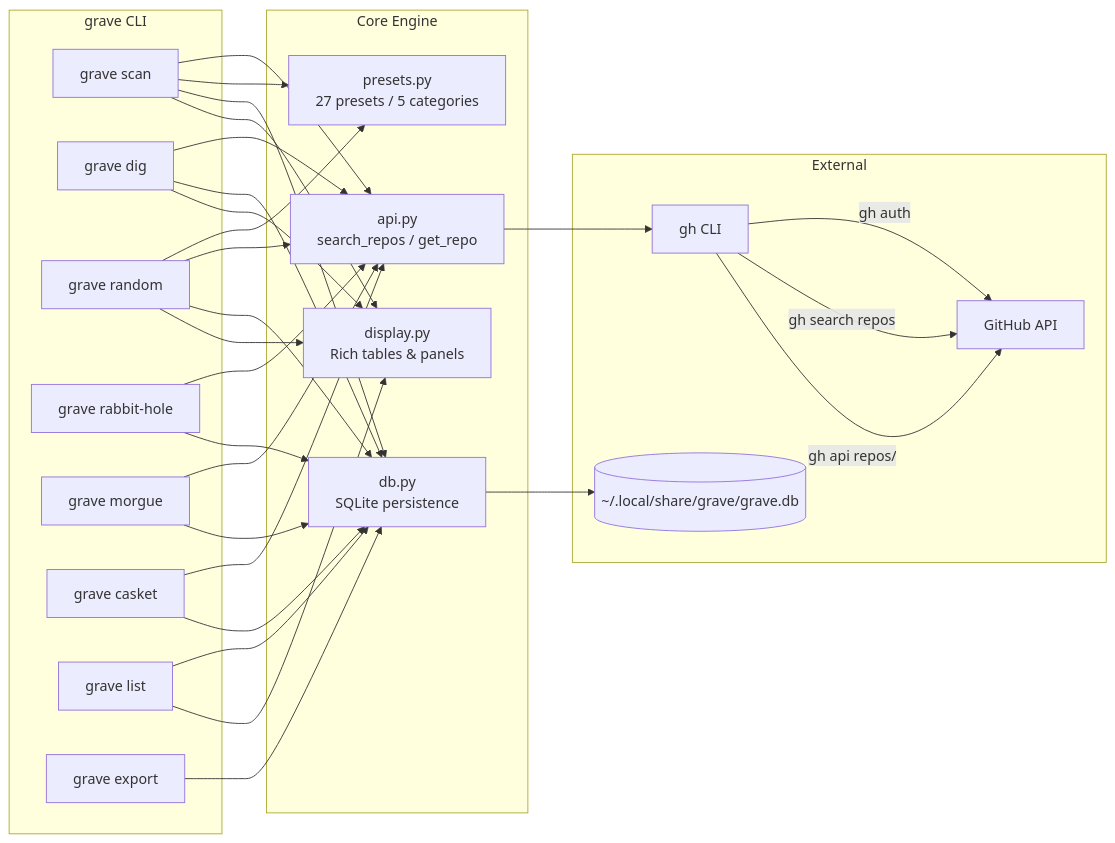
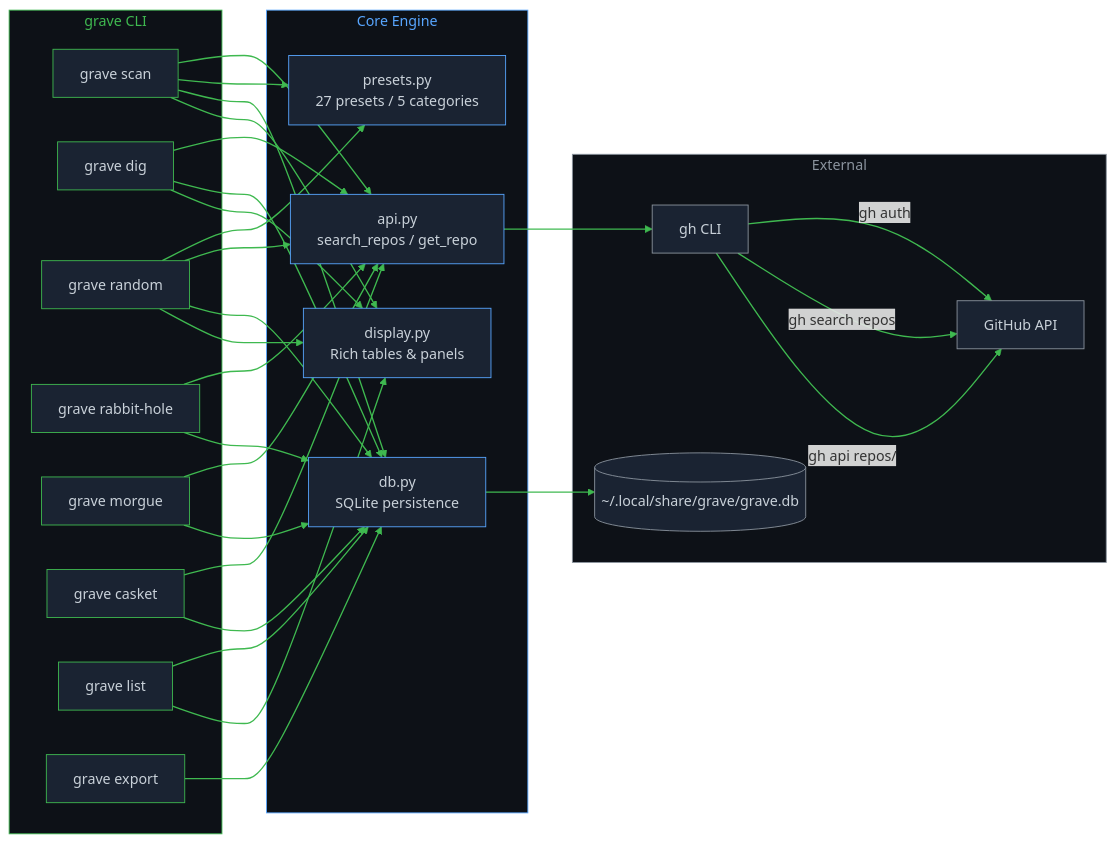
The first of 2 diagrams in README.md (ul0gic/grave), drawn with Mermaid before and after one commit. The commit also changed other lines of this file and 1 other file, not shown here.

Commit message:
Update README: swap ASCII art for grave.png, add color theming to mermaid diagrams

````diff
--- a/README.md
+++ b/README.md
@@ -110,55 +77,79 @@
 ```mermaid
 graph LR
     subgraph CLI["grave CLI"]
         SCAN[grave scan]
         DIG[grave dig]
         RANDOM[grave random]
         RABBIT[grave rabbit-hole]
         MORGUE[grave morgue]
         CASKET[grave casket]
         LIST[grave list]
         EXPORT[grave export]
     end
 
     subgraph Engine["Core Engine"]
         API[api.py<br/>search_repos / get_repo]
         PRESETS[presets.py<br/>27 presets / 5 categories]
         DISPLAY[display.py<br/>Rich tables & panels]
         DB[db.py<br/>SQLite persistence]
     end
 
     subgraph External["External"]
         GH[gh CLI]
         GHAPI[GitHub API]
         SQLITE[(~/.local/share/grave/grave.db)]
     end
 
     SCAN --> API
     SCAN --> PRESETS
     DIG --> API
     RANDOM --> PRESETS
     RANDOM --> API
     RABBIT --> API
     MORGUE --> API
     CASKET --> API
 
     SCAN --> DB
     DIG --> DB
     RANDOM --> DB
     RABBIT --> DB
     MORGUE --> DB
     CASKET --> DB
     LIST --> DB
     EXPORT --> DB
 
     SCAN --> DISPLAY
     DIG --> DISPLAY
     RANDOM --> DISPLAY
     LIST --> DISPLAY
 
     API --> GH
     GH -->|gh auth| GHAPI
     GH -->|gh search repos| GHAPI
     GH -->|gh api repos/| GHAPI
     DB --> SQLITE
+
+    style CLI fill:#0d1117,stroke:#3fb950,color:#3fb950
+    style Engine fill:#0d1117,stroke:#58a6ff,color:#58a6ff
+    style External fill:#0d1117,stroke:#8b949e,color:#8b949e
+
+    style SCAN fill:#1a2332,stroke:#3fb950,color:#c9d1d9
+    style DIG fill:#1a2332,stroke:#3fb950,color:#c9d1d9
+    style RANDOM fill:#1a2332,stroke:#3fb950,color:#c9d1d9
+    style RABBIT fill:#1a2332,stroke:#3fb950,color:#c9d1d9
+    style MORGUE fill:#1a2332,stroke:#3fb950,color:#c9d1d9
+    style CASKET fill:#1a2332,stroke:#3fb950,color:#c9d1d9
+    style LIST fill:#1a2332,stroke:#3fb950,color:#c9d1d9
+    style EXPORT fill:#1a2332,stroke:#3fb950,color:#c9d1d9
+
+    style API fill:#1a2332,stroke:#58a6ff,color:#c9d1d9
+    style PRESETS fill:#1a2332,stroke:#58a6ff,color:#c9d1d9
+    style DISPLAY fill:#1a2332,stroke:#58a6ff,color:#c9d1d9
+    style DB fill:#1a2332,stroke:#58a6ff,color:#c9d1d9
+
+    style GH fill:#1a2332,stroke:#8b949e,color:#c9d1d9
+    style GHAPI fill:#1a2332,stroke:#8b949e,color:#c9d1d9
+    style SQLITE fill:#1a2332,stroke:#8b949e,color:#c9d1d9
+
+    linkStyle default stroke:#3fb950,stroke-width:1.5px
 ```
````
